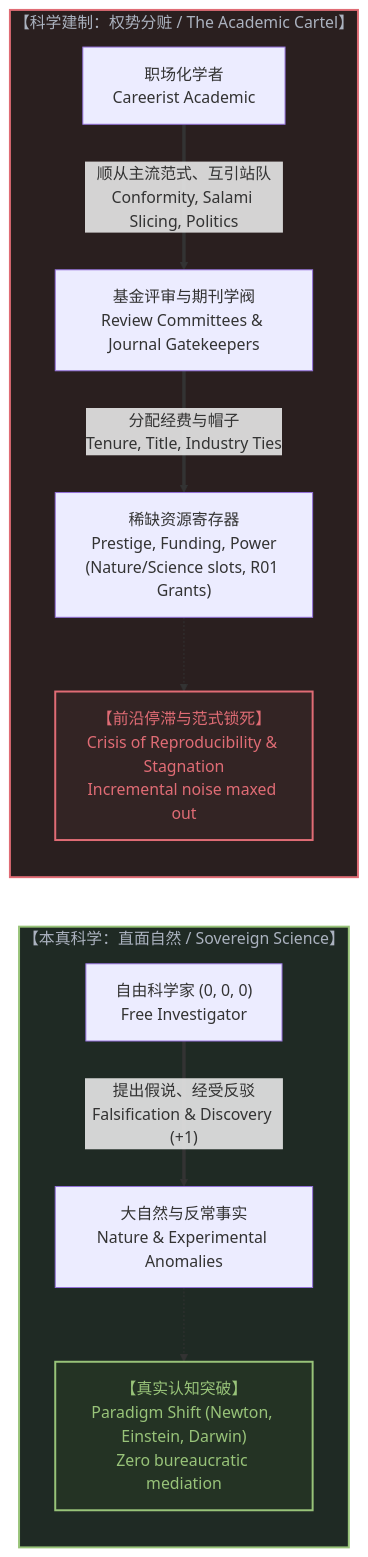
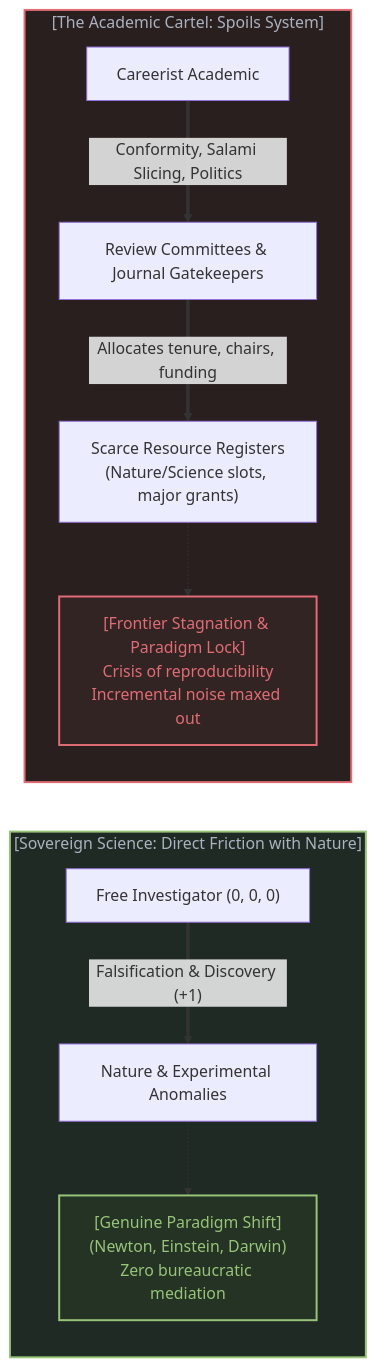
One commit to powerpig99/not-a-toe changed the sixth of 8 diagrams in content/posts/the-reversal-of-education-and-science.md. Above: the diagram before and after it, drawn with Mermaid. The commit also changed other lines of this file and 7 other files, not shown here.

````diff
--- a/content/posts/the-reversal-of-education-and-science.md
+++ b/content/posts/the-reversal-of-education-and-science.md
@@ -185,25 +301,25 @@
 ```mermaid
 graph LR
-    subgraph PrimalScience["【本真科学：直面自然 / Sovereign Science】"]
-        Researcher["自由科学家 (0, 0, 0)<br>Free Investigator"]
-        Empirical["大自然与反常事实<br>Nature & Experimental Anomalies"]
-        Researcher ==>|"提出假说、经受反驳<br>Falsification & Discovery (+1)"| Empirical
-        TruthRes["【真实认知突破】<br>Paradigm Shift (Newton, Einstein, Darwin)<br>Zero bureaucratic mediation"]
+    subgraph PrimalScience["[Sovereign Science: Direct Friction with Nature]"]
+        Researcher["Free Investigator (0, 0, 0)"]
+        Empirical["Nature & Experimental Anomalies"]
+        Researcher ==>|"Falsification & Discovery (+1)"| Empirical
+        TruthRes["[Genuine Paradigm Shift]<br>(Newton, Einstein, Darwin)<br>Zero bureaucratic mediation"]
         Empirical -.-> TruthRes
     end
 
-    subgraph AcademicCartel["【科学建制：权势分赃 / The Academic Cartel】"]
-        Scholar["职场化学者<br>Careerist Academic"]
-        Committee["基金评审与期刊学阀<br>Review Committees & Journal Gatekeepers"]
-        GrantPower["稀缺资源寄存器<br>Prestige, Funding, Power<br>(Nature/Science slots, R01 Grants)"]
-        Scholar ==>|"顺从主流范式、互引站队<br>Conformity, Salami Slicing, Politics"| Committee
-        Committee ==>|"分配经费与帽子<br>Tenure, Title, Industry Ties"| GrantPower
-        Stagnation["【前沿停滞与范式锁死】<br>Crisis of Reproducibility & Stagnation<br>Incremental noise maxed out"]
+    subgraph AcademicCartel["[The Academic Cartel: Spoils System]"]
+        Scholar["Careerist Academic"]
+        Committee["Review Committees & Journal Gatekeepers"]
+        GrantPower["Scarce Resource Registers<br>(Nature/Science slots, major grants)"]
+        Scholar ==>|"Conformity, Salami Slicing, Politics"| Committee
+        Committee ==>|"Allocates tenure, chairs, funding"| GrantPower
+        Stagnation["[Frontier Stagnation & Paradigm Lock]<br>Crisis of reproducibility<br>Incremental noise maxed out"]
         GrantPower -.-> Stagnation
     end
 
     style PrimalScience fill:#1f2a24,stroke:#98c379,stroke-width:2px,color:#abb2bf
     style AcademicCartel fill:#2a1f1f,stroke:#e06c75,stroke-width:2px,color:#abb2bf
     style TruthRes fill:#243324,stroke:#98c379,stroke-width:2px,color:#98c379
     style Stagnation fill:#332424,stroke:#e06c75,stroke-width:2px,color:#e06c75
 ```
````
